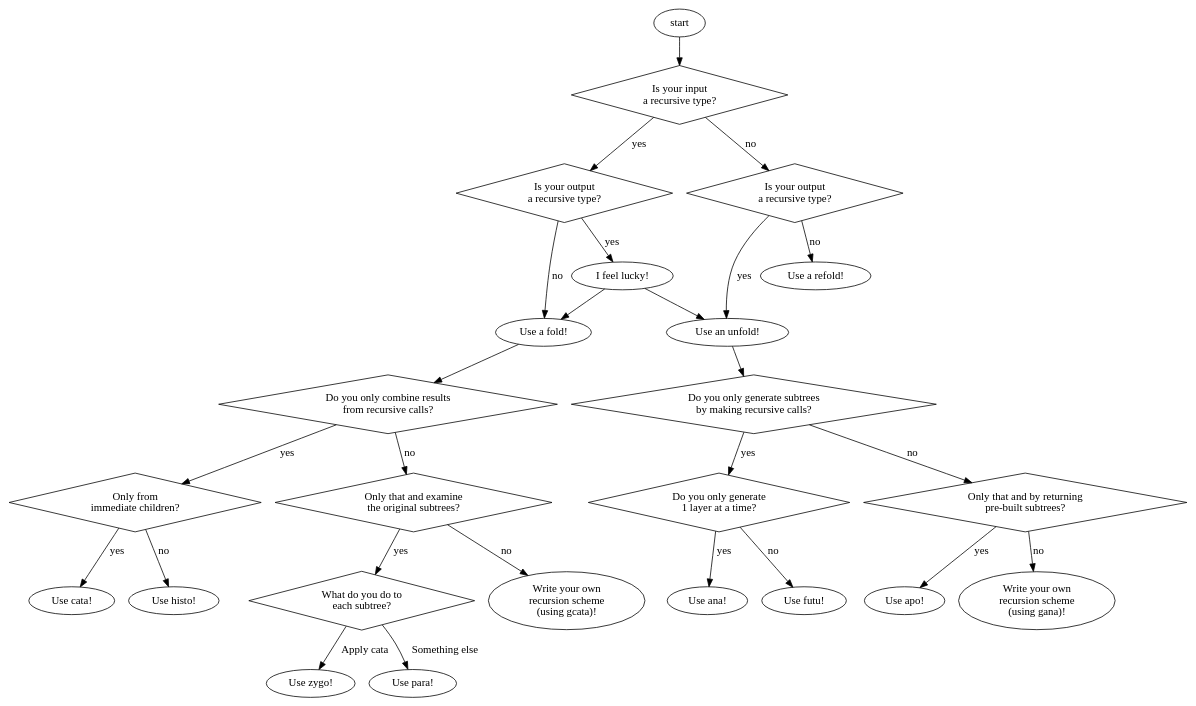
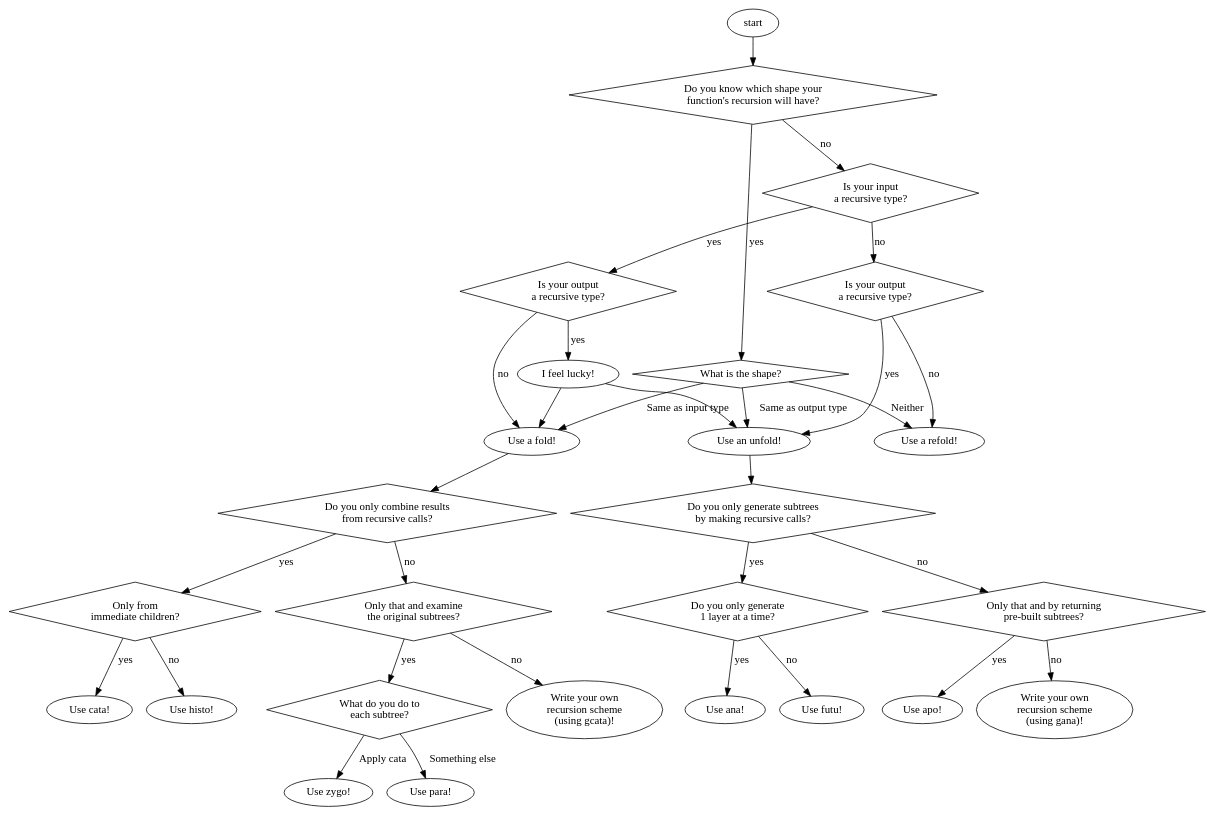
One commit to recursion-schemes/recursion-schemes changed the diagram in docs/flowchart.dot. Above: the diagram before and after it, drawn with Graphviz. The commit also changed 1 other file, not shown here.

Commit message:
Add alternate flow for experts to flowchart

```diff
--- a/docs/flowchart.dot
+++ b/docs/flowchart.dot
@@ -1,54 +1,64 @@
 digraph {
-  decision1 [shape=diamond, label="Is your input\na recursive type?"];
-  decision1_1 [shape=diamond, label="Is your output\na recursive type?"];
-  decision1_2 [shape=diamond, label="Is your output\na recursive type?"];
+  decision1 [label="Is your input\na recursive type?"];
+  decision1_1 [label="Is your output\na recursive type?"];
+  decision1_2 [label="Is your output\na recursive type?"];
   choose_either [label="I feel lucky!"];
   start_folds [label="Use a fold!"];
   start_unfolds [label="Use an unfold!"];
   start_refolds [label="Use a refold!"];
-  fold1,fold2,fold3,fold4,unfold1,unfold2,unfold3 [shape=diamond];
+  decision0, decision1, decision1_1, decision1_2, expert_decision1, fold1,fold2,fold3,fold4,unfold1,unfold2,unfold3 [shape=diamond];
   fold1 [label="Do you only combine results\nfrom recursive calls?"];
   fold2 [label="Only from\nimmediate children?"];
   fold3 [label="Only that and examine\nthe original subtrees?"];
   fold4 [label="What do you do to\neach subtree?"];
   gcata [label="Write your own\nrecursion scheme\n(using gcata)!"];
   cata [label="Use cata!"];
   histo [label="Use histo!"];
   zygo [label="Use zygo!"];
   para [label="Use para!"];
   unfold1 [label="Do you only generate subtrees\nby making recursive calls?"]
   unfold2 [label="Do you only generate\n1 layer at a time?"]
   unfold3 [label="Only that and by returning\npre-built subtrees?"]
   ana [label="Use ana!"];
   apo [label="Use apo!"];
   futu [label="Use futu!"];
   gana [label="Write your own\nrecursion scheme\n(using gana)!"];
+  decision0 [label="Do you know which shape your\nfunction's recursion will have?"];
+  expert_decision1 [label="What is the shape?"];
 
-  start -> decision1;
+  start -> decision0;
+  decision0 -> decision1 [label=no];
+  decision0 -> expert_decision1 [label=yes];
   decision1 -> decision1_1 [label=yes];
   decision1 -> decision1_2 [label=no];
   decision1_1 -> choose_either [label=yes];
   decision1_1 -> start_folds [label=no];
   decision1_2 -> start_unfolds [label=yes];
   decision1_2 -> start_refolds [label=no];
   choose_either -> start_folds;
   choose_either -> start_unfolds;
 
   start_folds -> fold1;
   fold1 -> fold2 [label="yes"]
   fold1 -> fold3 [label="no"]
   fold2 -> cata [label="yes"];
   fold2 -> histo [label="no"];
   fold3 -> fold4 [label="yes"];
   fold3 -> gcata [label="no"];
   fold4 -> zygo [label="Apply cata"];
   fold4 -> para [label="Something else"];
 
   start_unfolds -> unfold1;
   unfold1 -> unfold2 [label="yes"];
   unfold1 -> unfold3 [label="no"];
   unfold2 -> ana [label="yes"];
   unfold2 -> futu [label="no"];
   unfold3 -> apo [label="yes"];
   unfold3 -> gana [label="no"];
+
+  expert_decision1;
+  expert_decision1 -> start_folds [label="Same as input type"];
+  expert_decision1 -> start_unfolds [label="Same as output type"];
+  expert_decision1 -> start_refolds [label="Neither"];
+  decision1_2 -> expert_decision1 [style=invis];
 }
```
